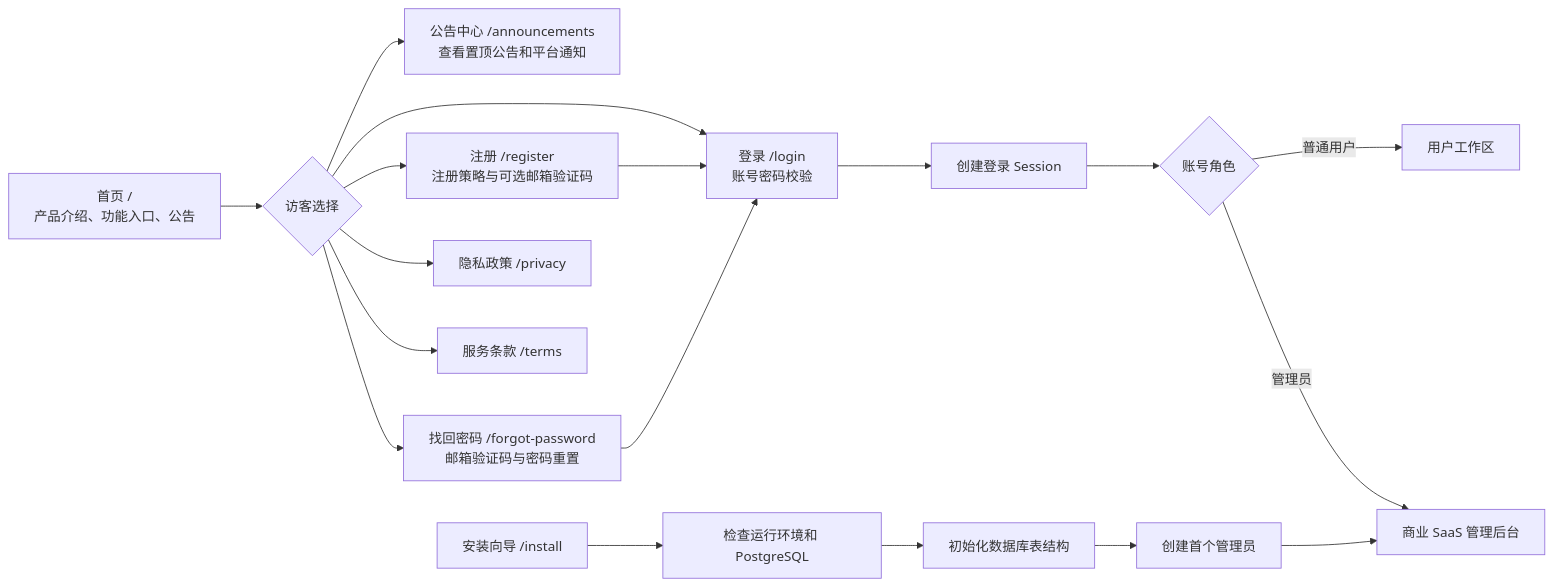
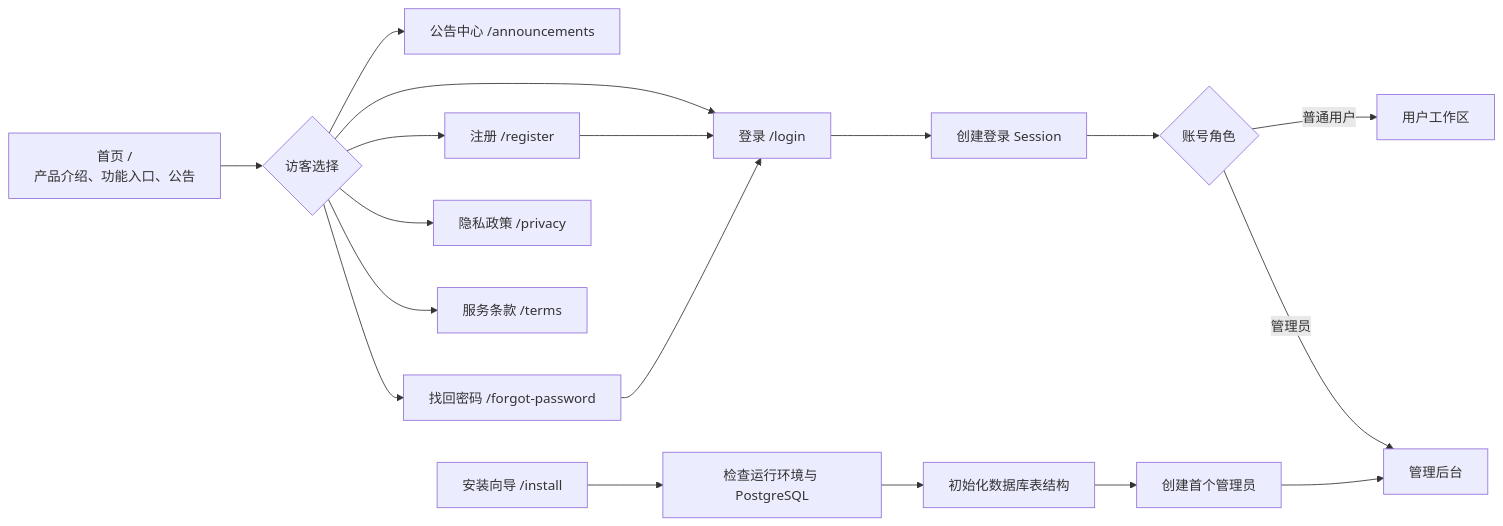
One commit to jiujiu532/JoveCanvas changed the first of 9 diagrams in README.md. Above: the diagram before and after it, drawn with Mermaid. The commit also changed other lines of this file and 1 other file, not shown here.

````diff
--- a/README.md
+++ b/README.md
@@ -53,23 +52,23 @@
 ```mermaid
 flowchart LR
     HOME["首页 /<br/>产品介绍、功能入口、公告"] --> ACTION{"访客选择"}
 
-    ACTION --> ANN["公告中心 /announcements<br/>查看置顶公告和平台通知"]
-    ACTION --> LOGIN["登录 /login<br/>账号密码校验"]
-    ACTION --> REGISTER["注册 /register<br/>注册策略与可选邮箱验证码"]
-    ACTION --> FORGOT["找回密码 /forgot-password<br/>邮箱验证码与密码重置"]
+    ACTION --> ANN["公告中心 /announcements"]
+    ACTION --> LOGIN["登录 /login"]
+    ACTION --> REGISTER["注册 /register"]
+    ACTION --> FORGOT["找回密码 /forgot-password"]
     ACTION --> PRIVACY["隐私政策 /privacy"]
     ACTION --> TERMS["服务条款 /terms"]
 
     REGISTER --> LOGIN
     FORGOT --> LOGIN
     LOGIN --> SESSION["创建登录 Session"]
     SESSION --> ROLE{"账号角色"}
     ROLE -->|普通用户| USER["用户工作区"]
-    ROLE -->|管理员| ADMIN["商业 SaaS 管理后台"]
+    ROLE -->|管理员| ADMIN["管理后台"]
 
-    INSTALL["安装向导 /install"] --> CHECK["检查运行环境和 PostgreSQL"]
+    INSTALL["安装向导 /install"] --> CHECK["检查运行环境与 PostgreSQL"]
     CHECK --> SCHEMA["初始化数据库表结构"]
     SCHEMA --> FIRST_ADMIN["创建首个管理员"]
     FIRST_ADMIN --> ADMIN
 ```
````
